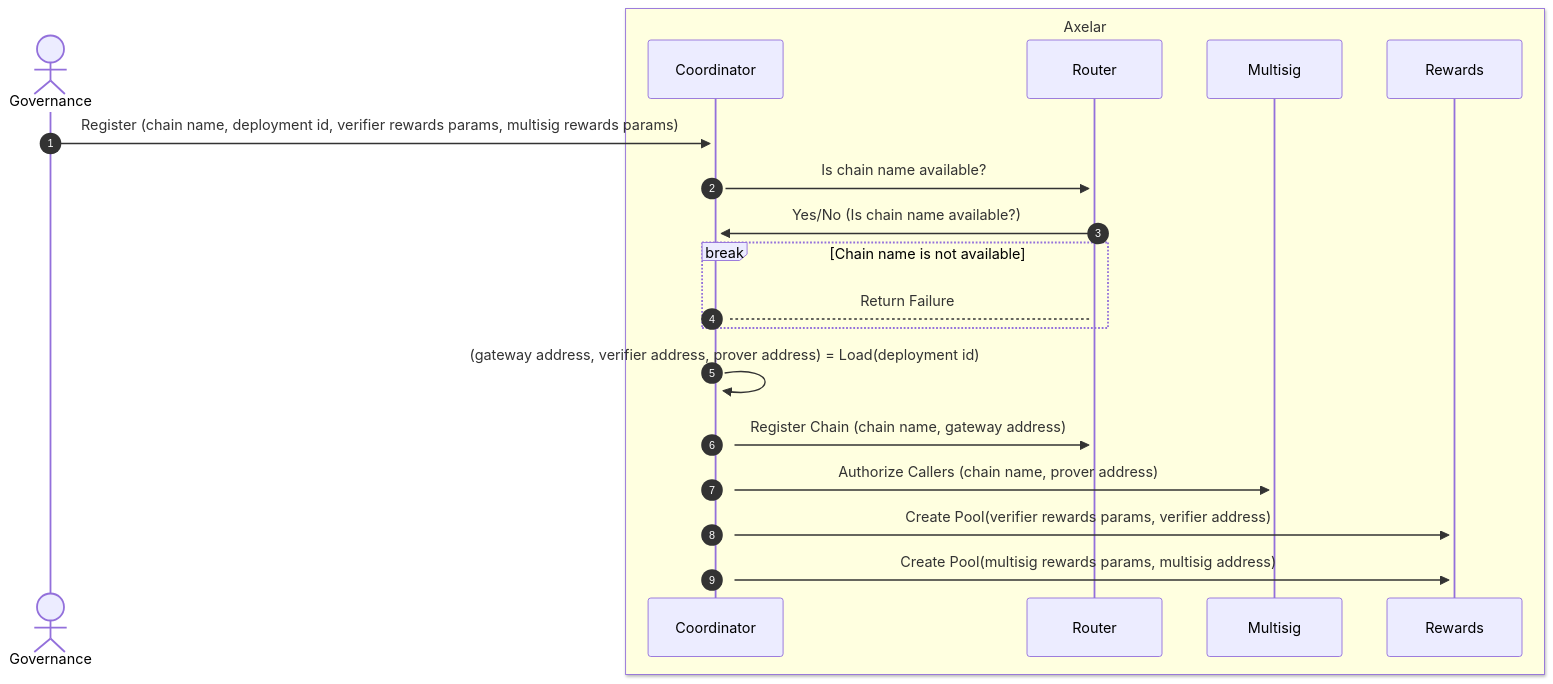
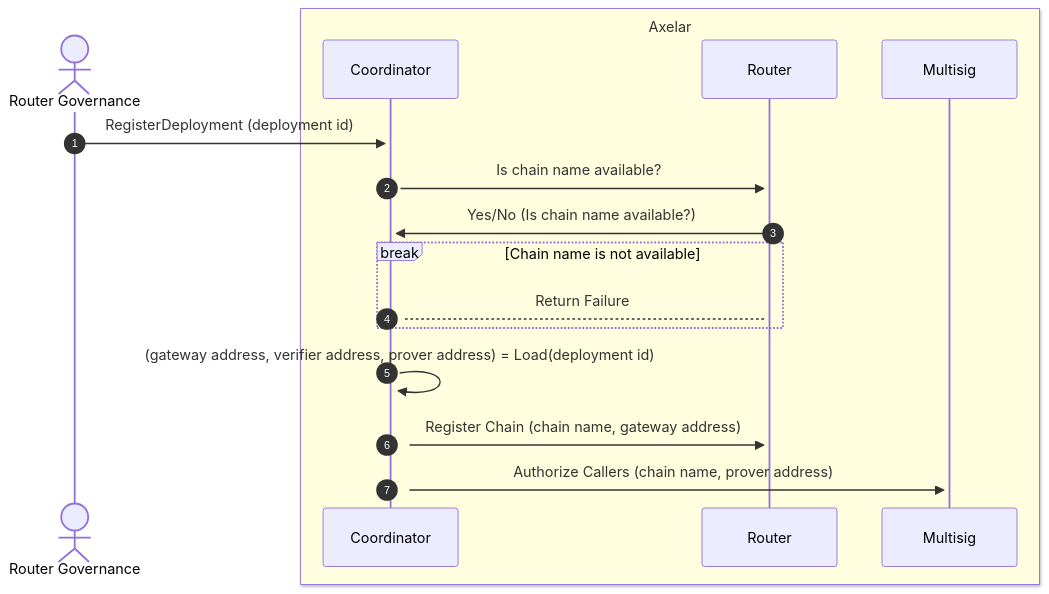
One commit to axelarnetwork/arcs changed the fourth of 4 diagrams in ARCs/ARC-8.md. Above: the diagram before and after it, drawn with Mermaid. The commit also changed other lines of this file, not shown here.

Commit message:
add register deployment details to arc-8

````diff
--- a/ARCs/ARC-8.md
+++ b/ARCs/ARC-8.md
@@ -102,24 +139,20 @@
 ```mermaid
 sequenceDiagram
 autonumber
-actor Governance
+actor Router Governance
 box LightYellow Axelar
 participant Coordinator
 participant Router
 participant Multisig
-participant Rewards
 end
 
-Governance->>+Coordinator: Register (chain name, deployment id, verifier rewards params, multisig rewards params)
+Router Governance->>+Coordinator: RegisterDeployment (deployment id)
 Coordinator->>+Router: Is chain name available?
 Router->>+Coordinator: Yes/No (Is chain name available?)
 break Chain name is not available
  Coordinator-->Router: Return Failure
 end
 Coordinator->>+Coordinator: (gateway address, verifier address, prover address) = Load(deployment id)
 Coordinator->>+Router: Register Chain (chain name, gateway address)
 Coordinator->>+Multisig: Authorize Callers (chain name, prover address)
-Coordinator->>+Rewards: Create Pool(verifier rewards params, verifier address)
-Coordinator->>+Rewards: Create Pool(multisig rewards params, multisig address)
-
 ```
````
